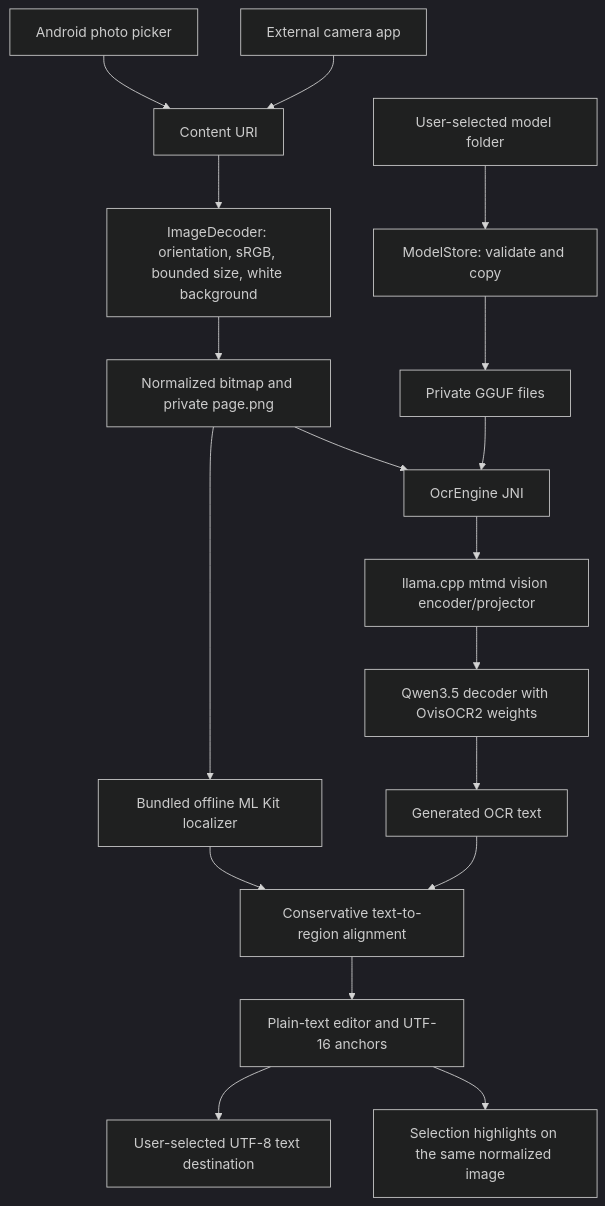
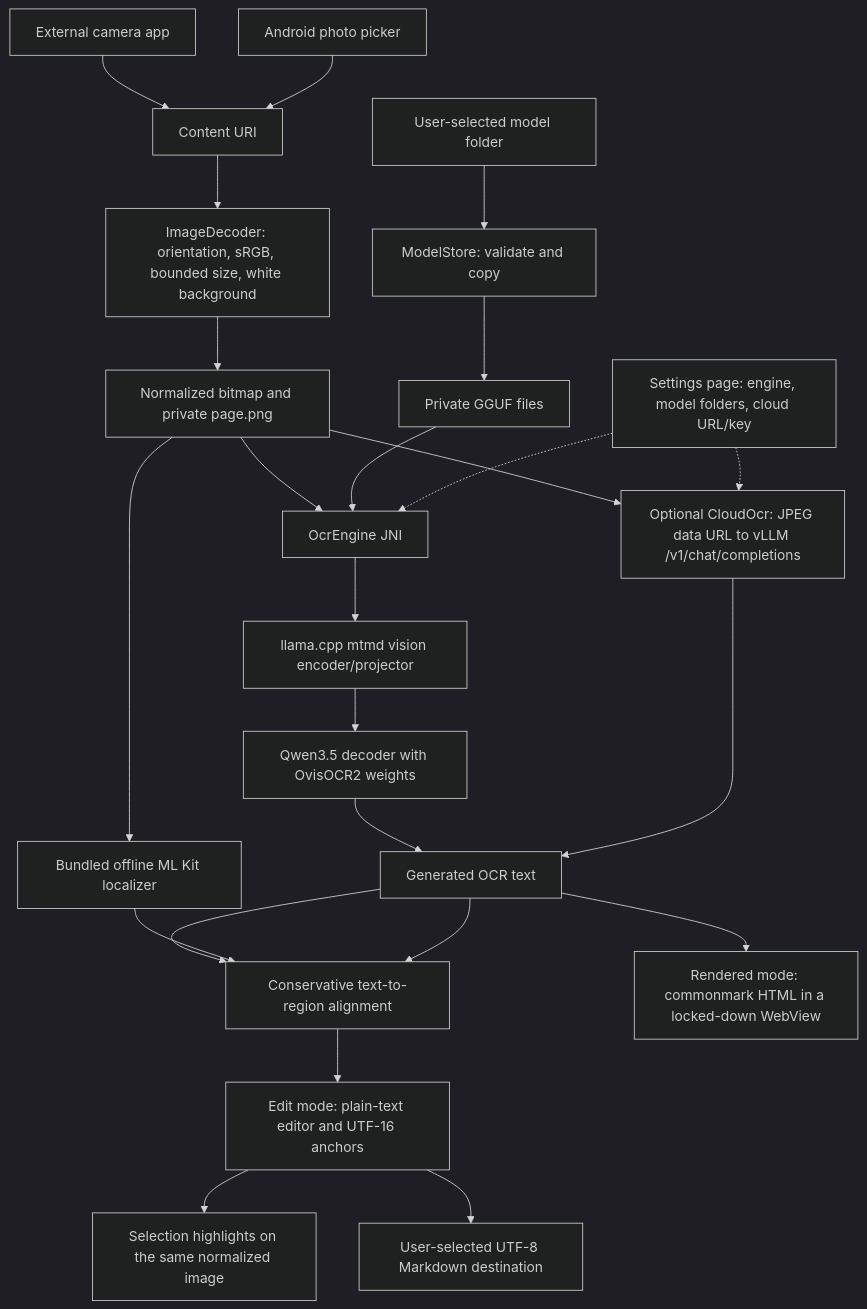
One commit to kchan345/OCRDroid changed the diagram in architecture.md. Above: the diagram before and after it, drawn with Mermaid (dark theme). The commit also changed other lines of this file and 2 other files, not shown here.

Commit message:
Bind fake vLLM server to IPv4 loopback; document settings, Markdown view, and cloud engine

````diff
--- a/architecture.md
+++ b/architecture.md
@@ -21,20 +23,26 @@
 ```mermaid
 flowchart TD
     Camera[External camera app] --> URI[Content URI]
     Photos[Android photo picker] --> URI
     URI --> Normalize[ImageDecoder: orientation, sRGB, bounded size, white background]
     Normalize --> Page[Normalized bitmap and private page.png]
     Folder[User-selected model folder] --> Store[ModelStore: validate and copy]
     Store --> Weights[Private GGUF files]
     Page --> JNI[OcrEngine JNI]
     Weights --> JNI
     JNI --> Vision[llama.cpp mtmd vision encoder/projector]
     Vision --> Decoder[Qwen3.5 decoder with OvisOCR2 weights]
     Decoder --> Text[Generated OCR text]
     Page --> Localizer[Bundled offline ML Kit localizer]
     Text --> Align[Conservative text-to-region alignment]
     Localizer --> Align
-    Align --> Editor[Plain-text editor and UTF-16 anchors]
+    Page --> Cloud[Optional CloudOcr: JPEG data URL to vLLM /v1/chat/completions]
+    Cloud --> Text
+    Settings[Settings page: engine, model folders, cloud URL/key] -.-> JNI
+    Settings -.-> Cloud
+    Text --> Align
+    Align --> Editor[Edit mode: plain-text editor and UTF-16 anchors]
+    Text --> Rendered[Rendered mode: commonmark HTML in a locked-down WebView]
     Editor --> Overlay[Selection highlights on the same normalized image]
-    Editor --> Export[User-selected UTF-8 text destination]
+    Editor --> Export[User-selected UTF-8 Markdown destination]
 ```
````
